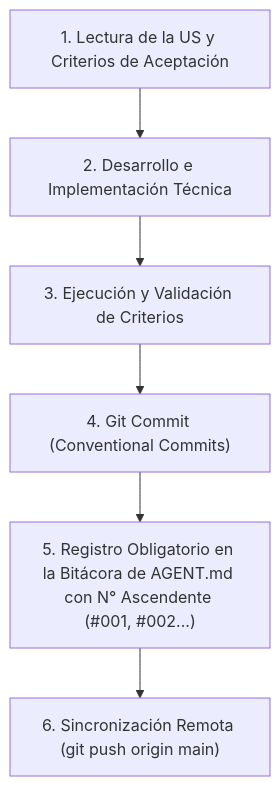
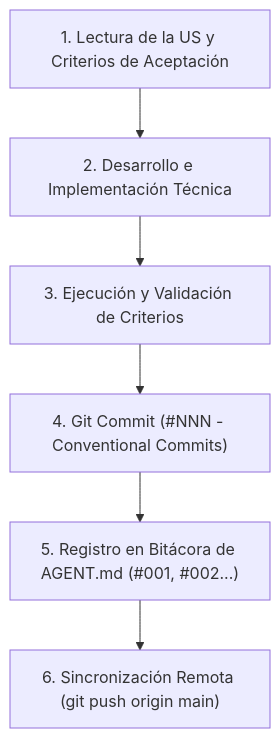
One commit to Data-Industry/Desarollo-Proyecto changed the diagram in AGENT.md. Above: the diagram before and after it, drawn with Mermaid. The commit also changed other lines of this file and 1 other file, not shown here.

````diff
--- a/AGENT.md
+++ b/AGENT.md
@@ -107,8 +108,8 @@
 ```mermaid
 flowchart TD
     P1["1. Lectura de la US y Criterios de Aceptación"] --> P2["2. Desarrollo e Implementación Técnica"]
     P2 --> P3["3. Ejecución y Validación de Criterios"]
-    P3 --> P4["4. Git Commit (Conventional Commits)"]
-    P4 --> P5["5. Registro Obligatorio en la Bitácora de AGENT.md con N° Ascendente (#001, #002...)"]
+    P3 --> P4["4. Git Commit (#NNN - Conventional Commits)"]
+    P4 --> P5["5. Registro en Bitácora de AGENT.md (#001, #002...)"]
     P5 --> P6["6. Sincronización Remota (git push origin main)"]
 ```
````
